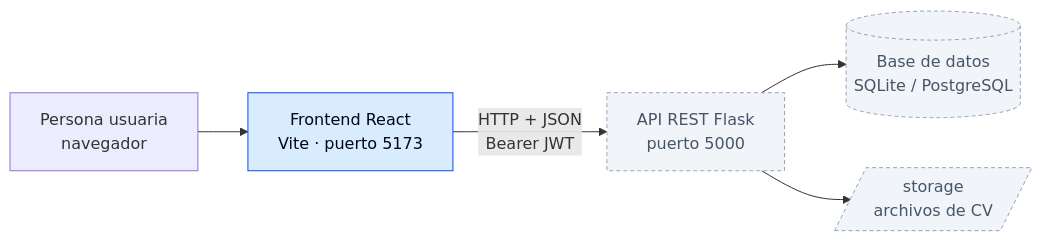
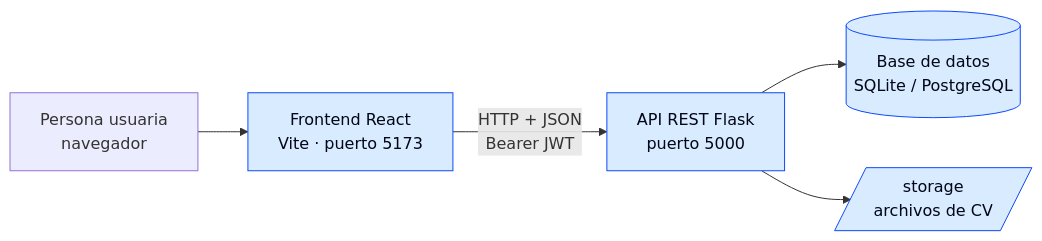
Before and after one commit to hannakathe/web_II_juniorswipe: the first of 4 diagrams in documentacion/diagramas/diagramas.md, drawn with Mermaid. The commit also changed other lines of this file and 7 other files, not shown here.

Commit message:
feat: update documentation and improve authentication flow in frontend

````diff
--- a/documentacion/diagramas/diagramas.md
+++ b/documentacion/diagramas/diagramas.md
@@ -7,12 +7,11 @@
 ```mermaid
 flowchart LR
     U[Persona usuaria<br/>navegador] --> F[Frontend React<br/>Vite · puerto 5173]
     F -- "HTTP + JSON<br/>Bearer JWT" --> A[API REST Flask<br/>puerto 5000]
     A --> D[(Base de datos<br/>SQLite / PostgreSQL)]
     A --> S[/storage<br/>archivos de CV/]
 
     classDef hecho fill:#d9ebff,stroke:#0f49fa,color:#020617
     classDef pendiente fill:#f1f5f9,stroke:#94a3b8,color:#475569,stroke-dasharray:4 3
-    class F hecho
-    class A,D,S pendiente
+    class F,A,D,S hecho
 ```
````
